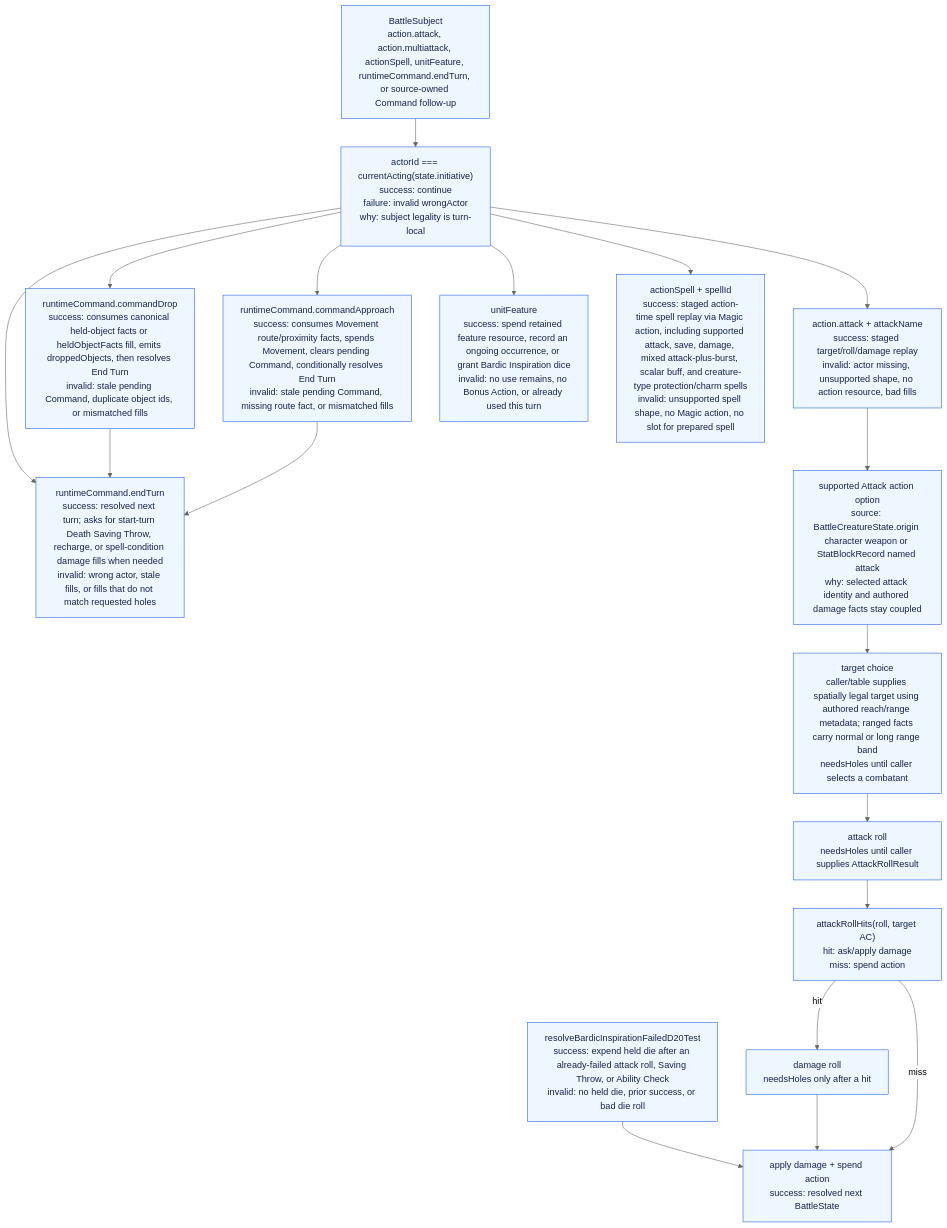
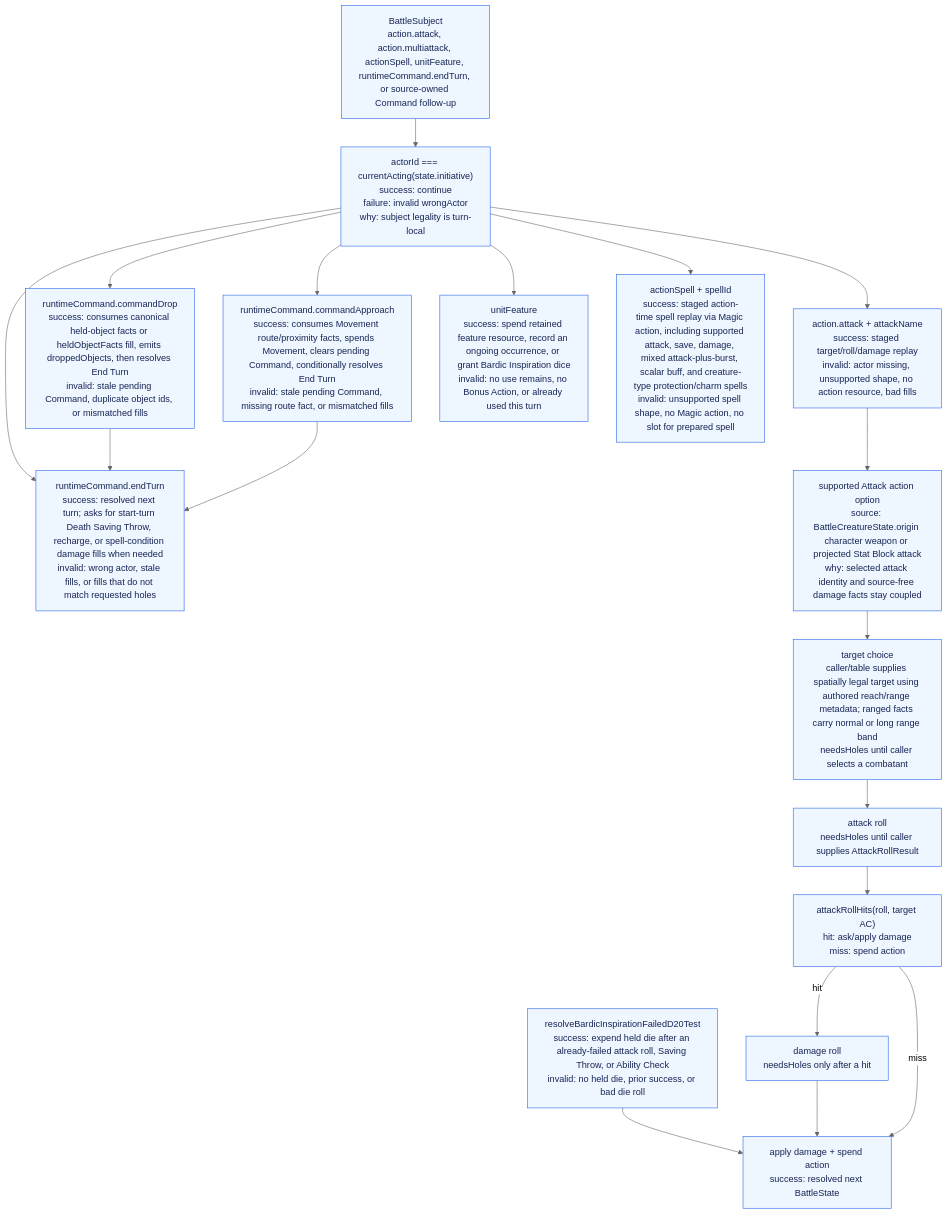
One commit to dearlordylord/5e-quint changed the second of 2 diagrams in packages/battle-runtime/ARCHITECTURE_GRAPH.md. Above: the diagram before and after it, drawn with Mermaid (neutral theme). The commit also changed other lines of this file and 7 other files, not shown here.

Commit message:
fix(battle-runtime): require projected stat block resources

````diff
--- a/packages/battle-runtime/ARCHITECTURE_GRAPH.md
+++ b/packages/battle-runtime/ARCHITECTURE_GRAPH.md
@@ -288,32 +289,32 @@
 ```mermaid
 flowchart TD
   Subject["BattleSubject<br/>action.attack, action.multiattack, actionSpell, unitFeature, runtimeCommand.endTurn, or source-owned Command follow-up"]
   CurrentActor["actorId === currentActing(state.initiative)<br/>success: continue<br/>failure: invalid wrongActor<br/>why: subject legality is turn-local"]
   EndTurn["runtimeCommand.endTurn<br/>success: resolved next turn; asks for start-turn Death Saving Throw, recharge, or spell-condition damage fills when needed<br/>invalid: wrong actor, stale fills, or fills that do not match requested holes"]
   CommandDrop["runtimeCommand.commandDrop<br/>success: consumes canonical held-object facts or heldObjectFacts fill, emits droppedObjects, then resolves End Turn<br/>invalid: stale pending Command, duplicate object ids, or mismatched fills"]
   CommandApproach["runtimeCommand.commandApproach<br/>success: consumes Movement route/proximity facts, spends Movement, clears pending Command, conditionally resolves End Turn<br/>invalid: stale pending Command, missing route fact, or mismatched fills"]
   Attack["action.attack + attackName<br/>success: staged target/roll/damage replay<br/>invalid: actor missing, unsupported shape, no action resource, bad fills"]
   UnitFeature["unitFeature<br/>success: spend retained feature resource, record an ongoing occurrence, or grant Bardic Inspiration dice<br/>invalid: no use remains, no Bonus Action, or already used this turn"]
   BardicDieUse["resolveBardicInspirationFailedD20Test<br/>success: expend held die after an already-failed attack roll, Saving Throw, or Ability Check<br/>invalid: no held die, prior success, or bad die roll"]
   Magic["actionSpell + spellId<br/>success: staged action-time spell replay via Magic action, including supported attack, save, damage, mixed attack-plus-burst, scalar buff, and creature-type protection/charm spells<br/>invalid: unsupported spell shape, no Magic action, no slot for prepared spell"]
-  AttackOption["supported Attack action option<br/>source: BattleCreatureState.origin character weapon or StatBlockRecord named attack<br/>why: selected attack identity and authored damage facts stay coupled"]
+  AttackOption["supported Attack action option<br/>source: BattleCreatureState.origin character weapon or projected Stat Block attack<br/>why: selected attack identity and source-free damage facts stay coupled"]
   Target["target choice<br/>caller/table supplies spatially legal target using authored reach/range metadata; ranged facts carry normal or long range band<br/>needsHoles until caller selects a combatant"]
   Roll["attack roll<br/>needsHoles until caller supplies AttackRollResult"]
   HitCheck["attackRollHits(roll, target AC)<br/>hit: ask/apply damage<br/>miss: spend action"]
   DamageHole["damage roll<br/>needsHoles only after a hit"]
   Apply["apply damage + spend action<br/>success: resolved next BattleState"]
 
   Subject --> CurrentActor
   CurrentActor --> EndTurn
   CurrentActor --> CommandDrop --> EndTurn
   CurrentActor --> CommandApproach --> EndTurn
   CurrentActor --> Attack --> AttackOption --> Target --> Roll --> HitCheck
   CurrentActor --> UnitFeature
   CurrentActor --> Magic
   BardicDieUse --> Apply
   HitCheck -->|hit| DamageHole --> Apply
   HitCheck -->|miss| Apply
 
   classDef implemented fill:#eef6ff,stroke:#2563eb,color:#172554;
   class Subject,CurrentActor,EndTurn,CommandDrop,CommandApproach,Attack,UnitFeature,BardicDieUse,Magic,AttackOption,Target,Roll,HitCheck,DamageHole,Apply implemented;
 ```
````
